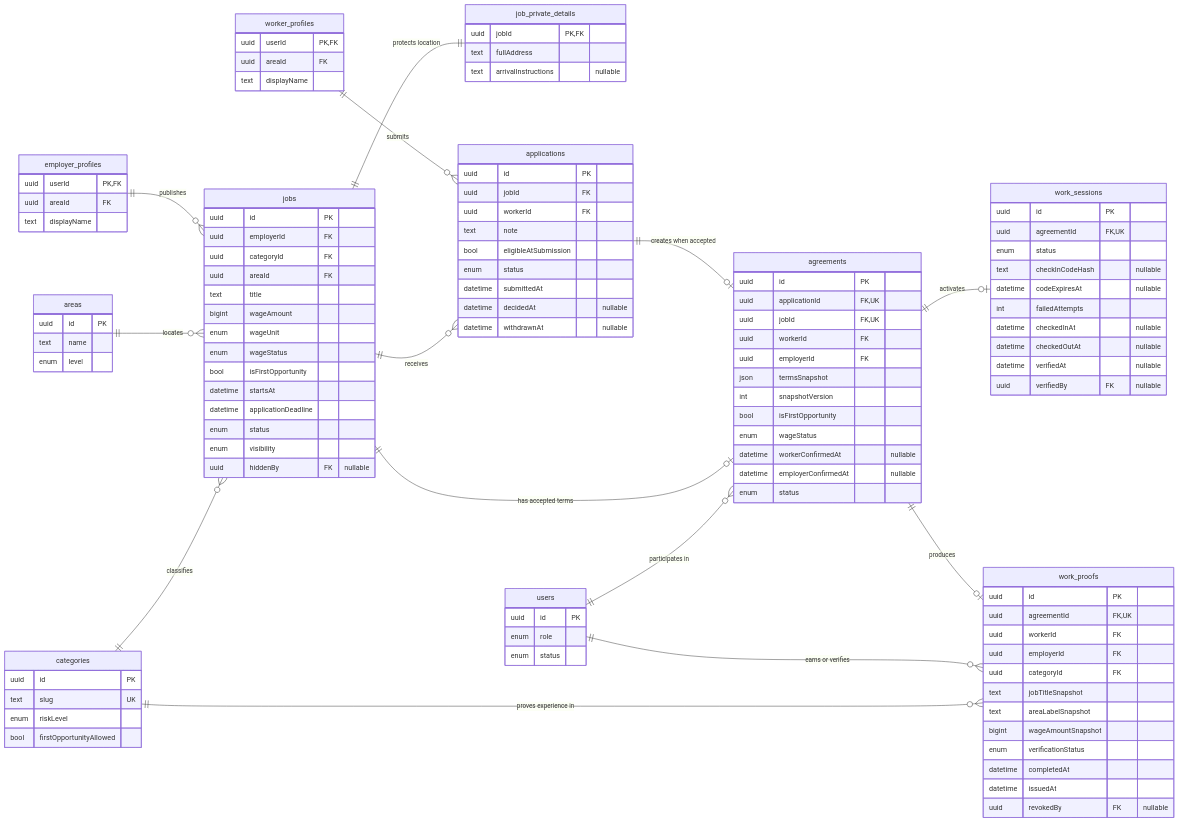
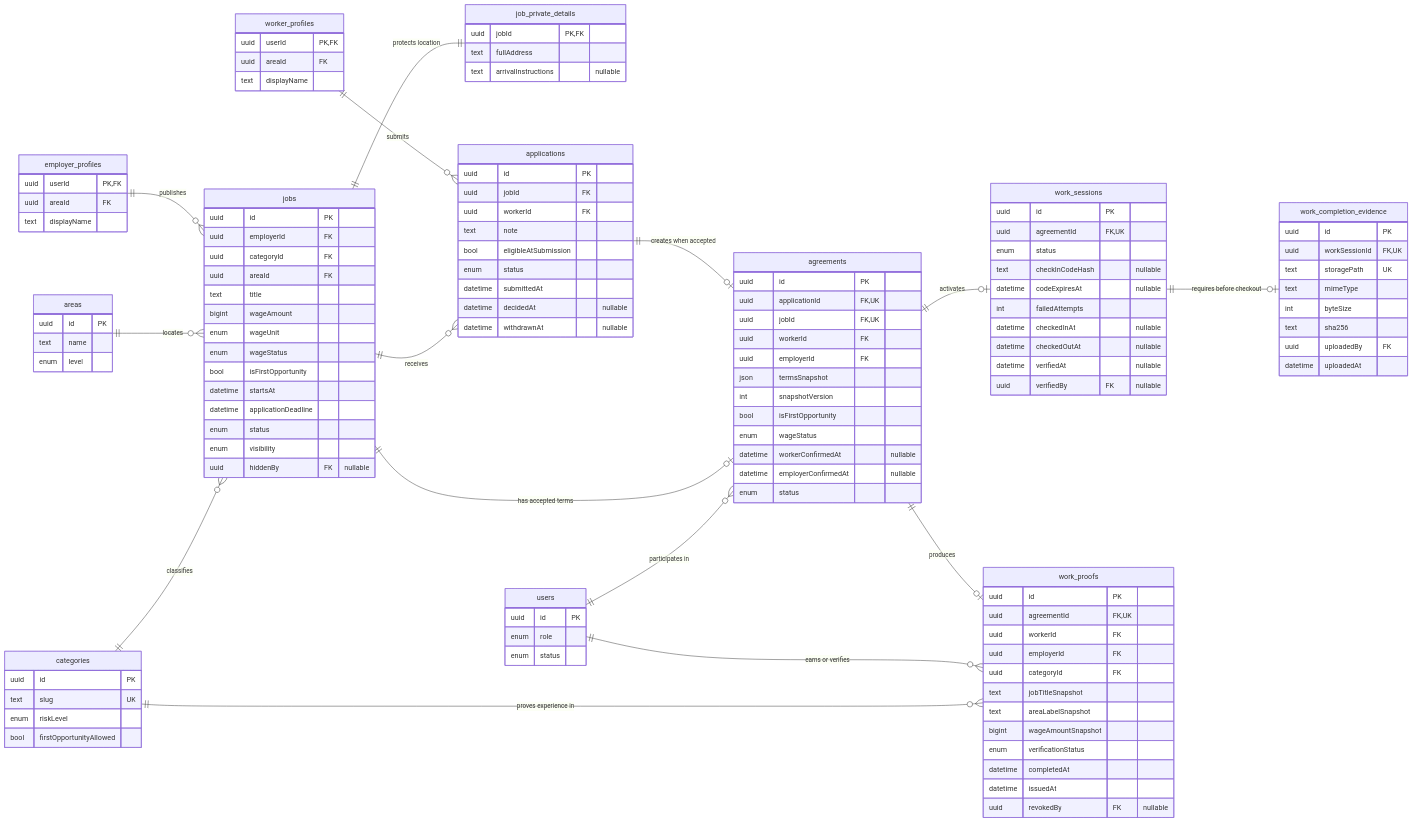
Before and after one commit to umarhyl/rintara: the second of 3 diagrams in docs/engineering/ERD.md, drawn with Mermaid. The commit also changed other lines of this file and 40 other files, not shown here.

Commit message:
feat: require private completion photo before checkout

```diff
--- a/docs/engineering/ERD.md
+++ b/docs/engineering/ERD.md
@@ -115,6 +115,7 @@
     job ||--o| agreement : "has accepted terms"
     user ||--o{ agreement : "participates in"
     agreement ||--o| workSession : "activates"
+    workSession ||--o| workCompletionEvidence : "requires before checkout"
     agreement ||--o| workProof : "produces"
     user ||--o{ workProof : "earns or verifies"
     category ||--o{ workProof : "proves experience in"
@@ -203,6 +204,16 @@
         datetime verifiedAt "nullable"
         uuid verifiedBy FK "nullable"
     }
+    workCompletionEvidence["work_completion_evidence"] {
+        uuid id PK
+        uuid workSessionId FK, UK
+        text storagePath UK
+        text mimeType
+        int byteSize
+        text sha256
+        uuid uploadedBy FK
+        datetime uploadedAt
+    }
     workProof["work_proofs"] {
         uuid id PK
         uuid agreementId FK, UK
```
